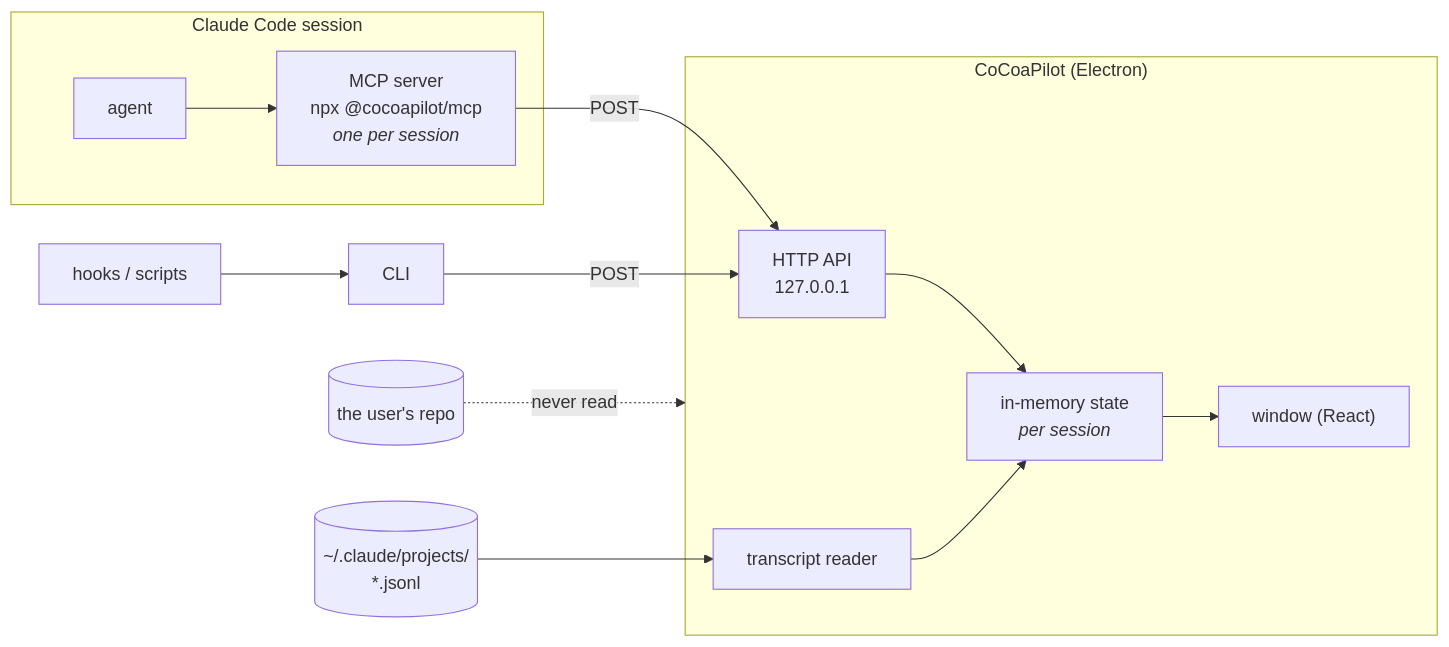
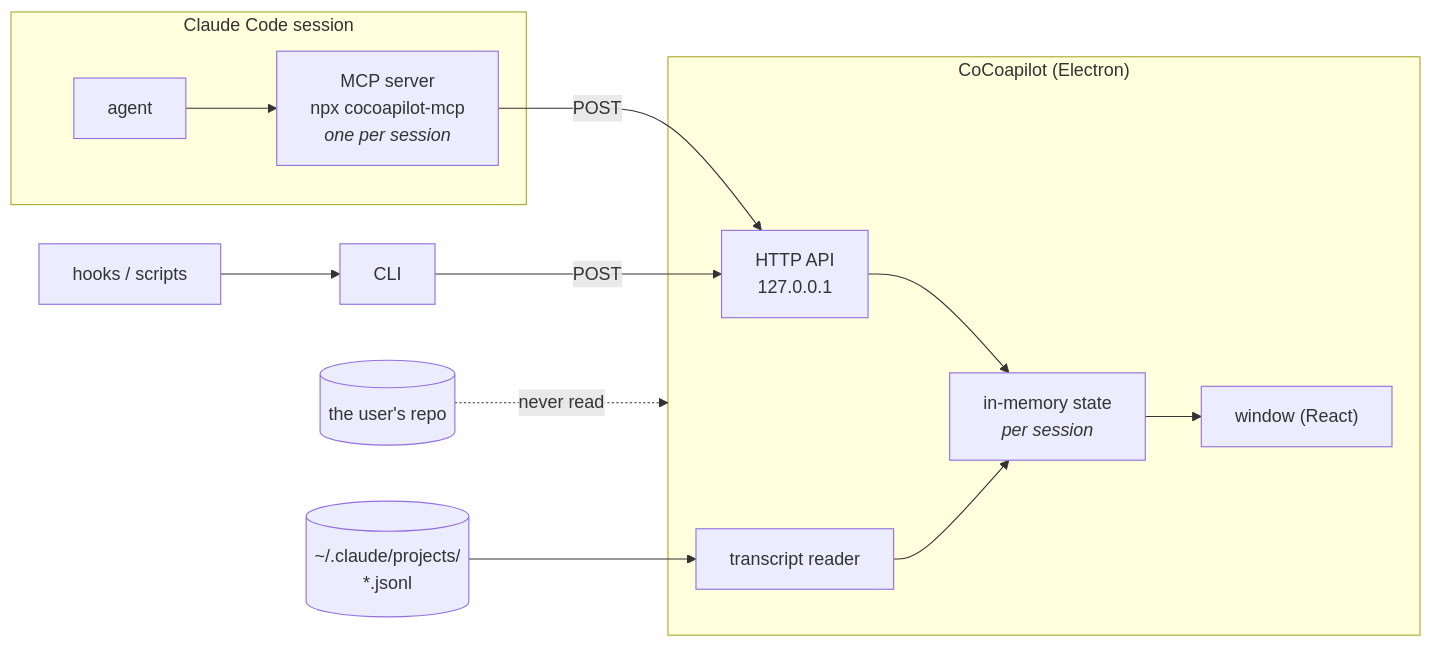
One commit to jonupchurch/CoCoPilot changed the diagram in docs/design/architecture.md. Above: the diagram before and after it, drawn with Mermaid. The commit also changed other lines of this file and 93 other files, not shown here.

````diff
--- a/docs/design/architecture.md
+++ b/docs/design/architecture.md
@@ -46,23 +46,23 @@
 ```mermaid
 flowchart LR
   subgraph claude ["Claude Code session"]
     agent["agent"]
-    mcp["MCP server<br/>npx @cocoapilot/mcp<br/><i>one per session</i>"]
+    mcp["MCP server<br/>npx cocoapilot-mcp<br/><i>one per session</i>"]
   end
 
-  subgraph app ["CoCoaPilot (Electron)"]
+  subgraph app ["CoCoapilot (Electron)"]
     api["HTTP API<br/>127.0.0.1"]
     state["in-memory state<br/><i>per session</i>"]
     tail["transcript reader"]
     ui["window (React)"]
   end
 
   hooks["hooks / scripts"] --> cli["CLI"]
   agent --> mcp
   mcp -->|POST| api
   cli -->|POST| api
   api --> state
   transcripts[("~/.claude/projects/<br/>*.jsonl")] --> tail --> state
   state --> ui
   repo[("the user's repo")] -.->|"never read"| app
 ```
````
